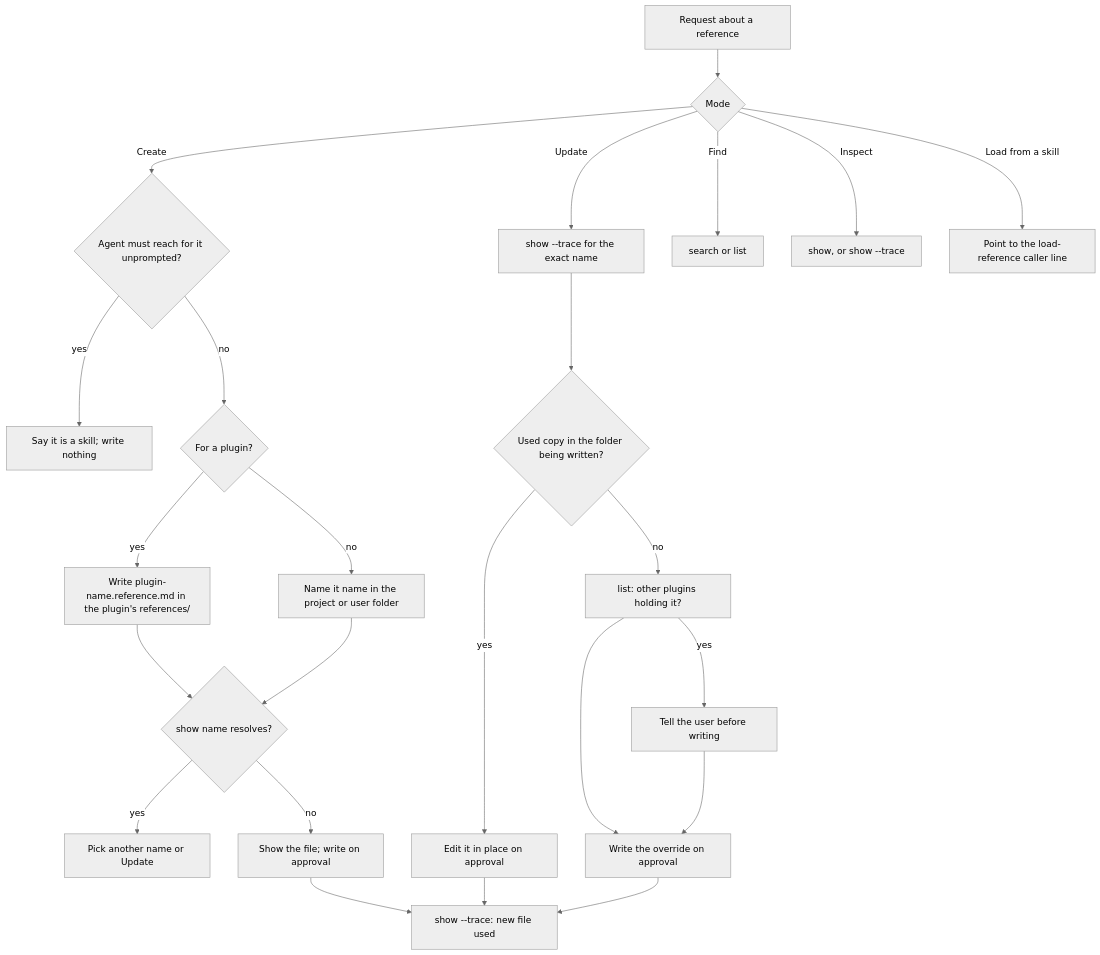
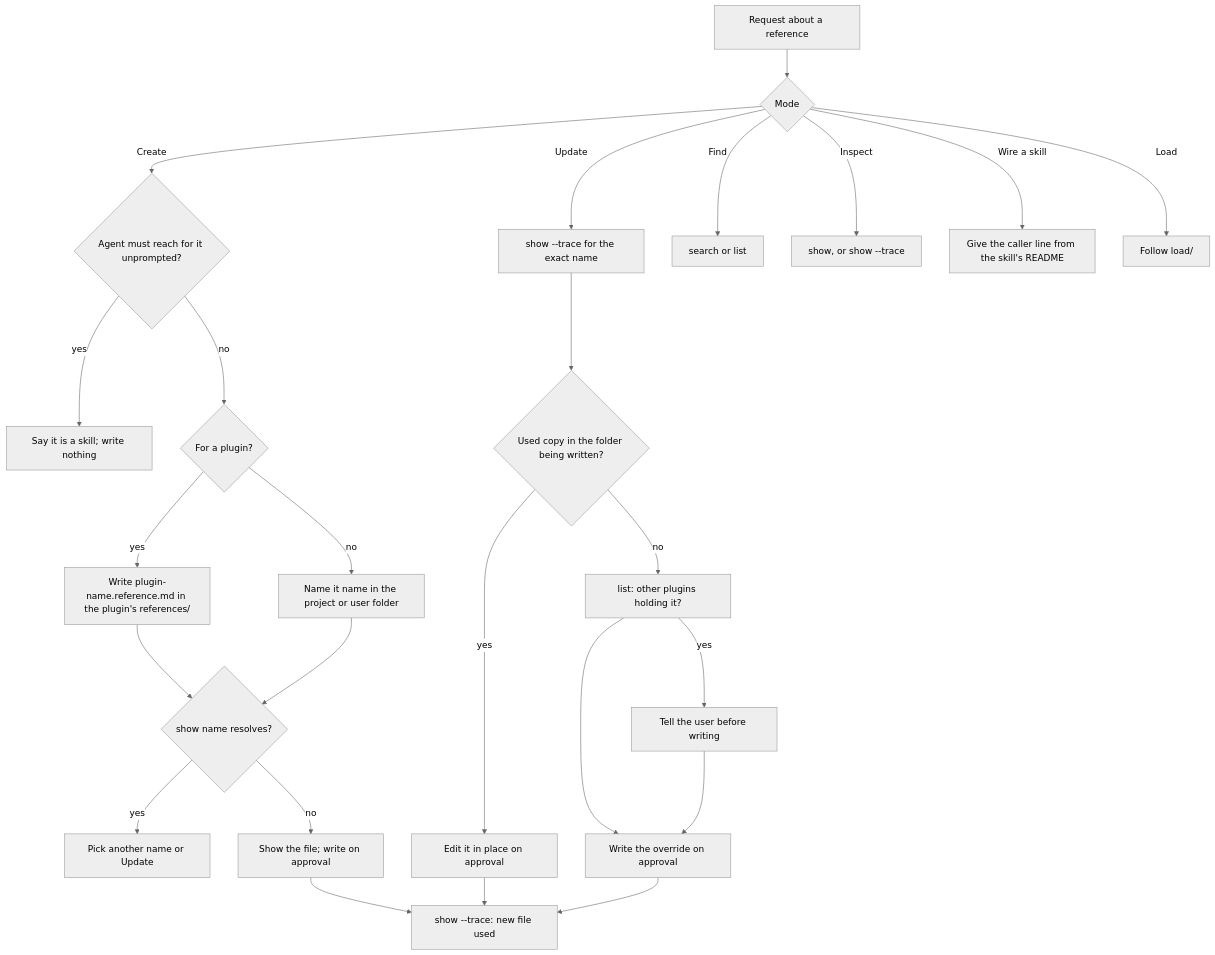
The diagram in packages/buddy-agent-harness/.agents/spec/skills/reference/README.md (repobuddy/buddy-agent-harness), drawn with Mermaid (neutral theme) before and after one commit. The commit also changed other lines of this file and 28 other files, not shown here.

First line of the commit message:
feat(skills)!: fold load-reference into the reference skill as its Load mode (#196)

````diff
--- a/packages/buddy-agent-harness/.agents/spec/skills/reference/README.md
+++ b/packages/buddy-agent-harness/.agents/spec/skills/reference/README.md
@@ -89,26 +90,27 @@
 ```mermaid
 flowchart TD
   A[Request about a reference] --> B{Mode}
   B -->|Create| C{Agent must reach for it unprompted?}
   C -->|yes| C1[Say it is a skill; write nothing]
   C -->|no| D{For a plugin?}
   D -->|yes| E[Write plugin-name.reference.md in the plugin's references/]
   D -->|no| F[Name it name in the project or user folder]
   E --> G{show name resolves?}
   F --> G
   G -->|yes| G1[Pick another name or Update]
   G -->|no| H[Show the file; write on approval]
   H --> I[show --trace: new file used]
   B -->|Update| J[show --trace for the exact name]
   J --> J1{Used copy in the folder being written?}
   J1 -->|yes| J2[Edit it in place on approval]
   J2 --> I
   J1 -->|no| K[list: other plugins holding it?]
   K -->|yes| K1[Tell the user before writing]
   K --> L[Write the override on approval]
   K1 --> L
   L --> I
   B -->|Find| M[search or list]
   B -->|Inspect| N[show, or show --trace]
-  B -->|Load from a skill| O[Point to the load-reference caller line]
+  B -->|Wire a skill| O[Give the caller line from the skill's README]
+  B -->|Load| P[Follow load/]
 ```
````
